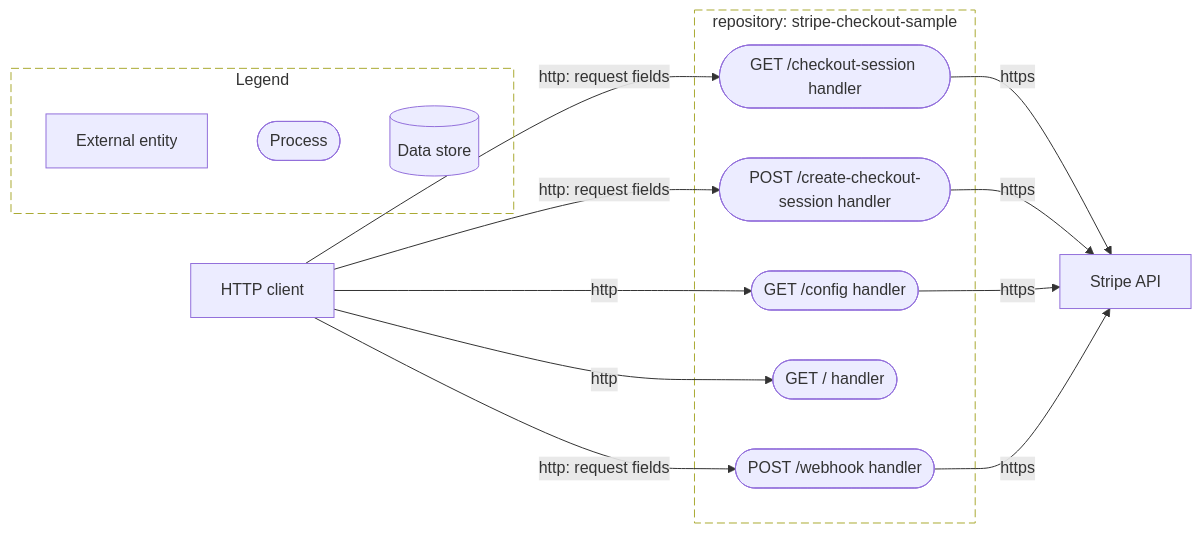
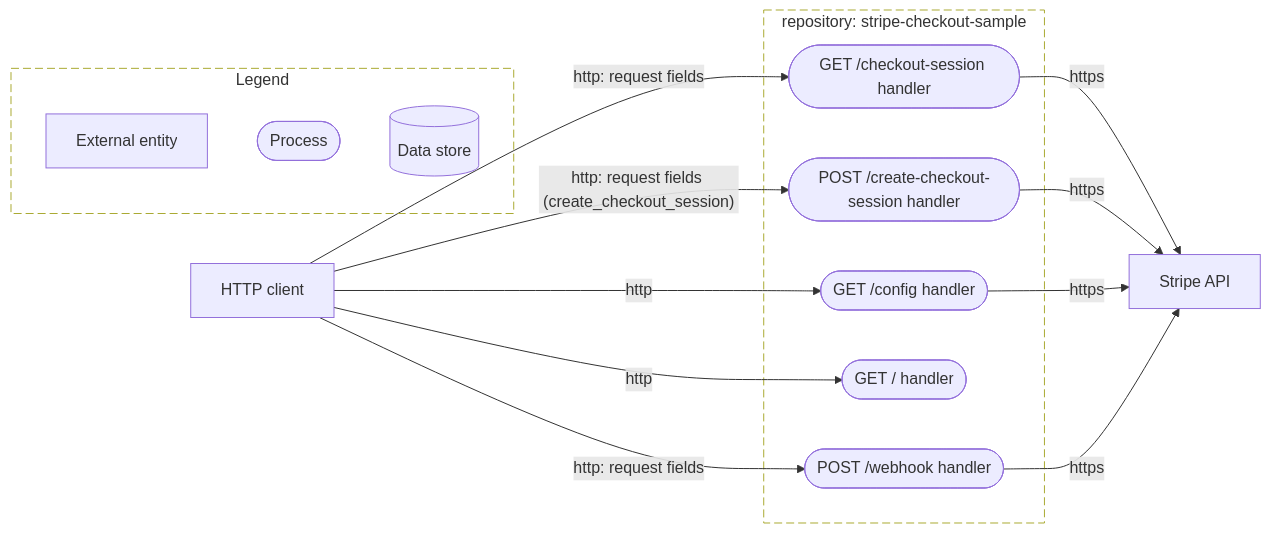
Before and after one commit to AskShri/code2designmapping: the diagram in evaluation/stripe-checkout-sample/diagrams/dfd-l2-soybbcbxpt.mmd, drawn with Mermaid. The commit also changed 164 other files, not shown here.

```diff
--- a/evaluation/stripe-checkout-sample/diagrams/dfd-l2-soybbcbxpt.mmd
+++ b/evaluation/stripe-checkout-sample/diagrams/dfd-l2-soybbcbxpt.mmd
@@ -1,27 +1,27 @@
 %% L2 - node
 flowchart LR
   subgraph bnd_fwz6ntc2oh["repository: stripe-checkout-sample"]
     proc_22shyhimaf(["GET /checkout-session handler"])
     proc_k37fgafluo(["POST /create-checkout-session handler"])
     proc_ljqehrmdee(["GET /config handler"])
     proc_o7z5jjiyu5(["GET / handler"])
     proc_zp4dqjile6(["POST /webhook handler"])
   end
   ext_sga4qktkap["HTTP client"]
   ext_slqdx4hifp["Stripe API"]
   ext_sga4qktkap -->|"http: request fields"| proc_22shyhimaf
-  ext_sga4qktkap -->|"http: request fields"| proc_k37fgafluo
+  ext_sga4qktkap -->|"http: request fields (create_checkout_session)"| proc_k37fgafluo
   ext_sga4qktkap -->|"http"| proc_ljqehrmdee
   ext_sga4qktkap -->|"http"| proc_o7z5jjiyu5
   ext_sga4qktkap -->|"http: request fields"| proc_zp4dqjile6
   proc_22shyhimaf -->|"https"| ext_slqdx4hifp
   proc_k37fgafluo -->|"https"| ext_slqdx4hifp
   proc_ljqehrmdee -->|"https"| ext_slqdx4hifp
   proc_zp4dqjile6 -->|"https"| ext_slqdx4hifp
   style bnd_fwz6ntc2oh stroke-dasharray: 8 4,fill:none
   subgraph legend["Legend"]
     lg_e["External entity"]
     lg_p(["Process"])
     lg_s[("Data store")]
   end
   style legend stroke-dasharray: 8 4,fill:none
```
